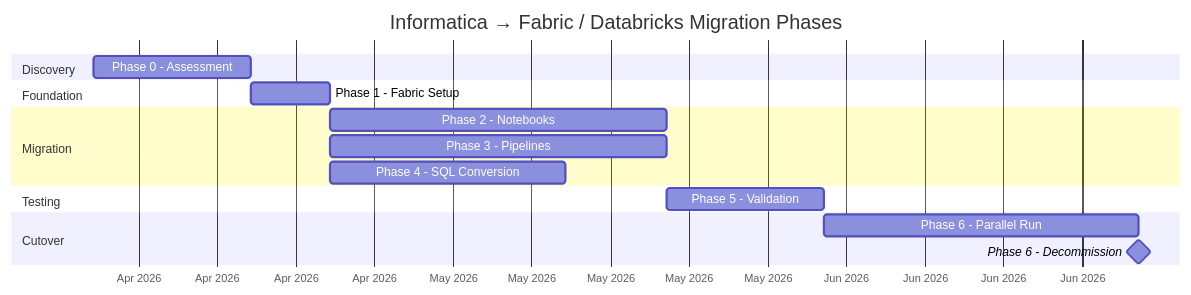
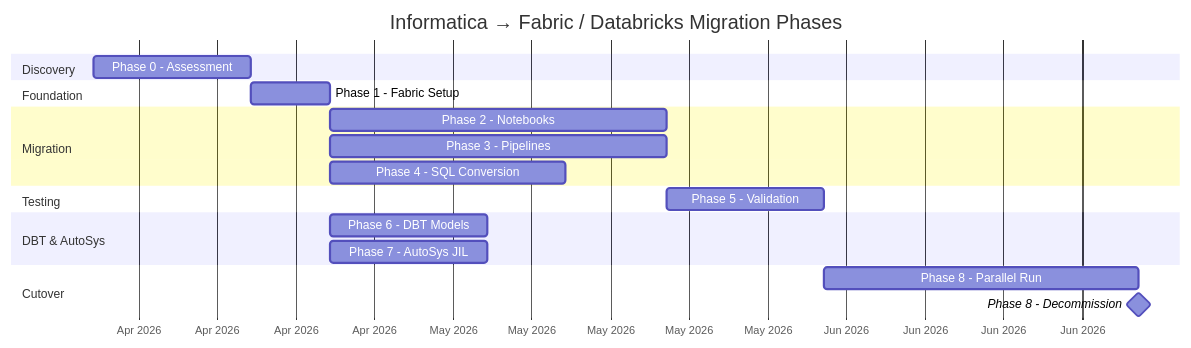
The sixth of 6 diagrams in MIGRATION_PLAN.md (cyphou/InformaticaToFabric), drawn with Mermaid before and after one commit. The commit also changed other lines of this file and 170 other files, not shown here.

````diff
--- a/MIGRATION_PLAN.md
+++ b/MIGRATION_PLAN.md
@@ -366,24 +424,28 @@
 ```mermaid
 gantt
     title Informatica → Fabric / Databricks Migration Phases
     dateFormat  YYYY-MM-DD
     axisFormat %b %Y
 
     section Discovery
     Phase 0 - Assessment          :a0, 2026-04-01, 14d
 
     section Foundation
     Phase 1 - Fabric Setup        :a1, after a0, 7d
 
     section Migration
     Phase 2 - Notebooks           :a2, after a1, 30d
     Phase 3 - Pipelines           :a3, after a1, 30d
     Phase 4 - SQL Conversion      :a4, after a1, 21d
 
     section Testing
     Phase 5 - Validation          :a5, after a2, 14d
 
+    section DBT & AutoSys
+    Phase 6 - DBT Models          :a6, after a1, 14d
+    Phase 7 - AutoSys JIL         :a7, after a1, 14d
+
     section Cutover
-    Phase 6 - Parallel Run        :a6, after a5, 28d
-    Phase 6 - Decommission        :milestone, after a6, 0d
+    Phase 8 - Parallel Run        :a8, after a5, 28d
+    Phase 8 - Decommission        :milestone, after a8, 0d
 ```
````
